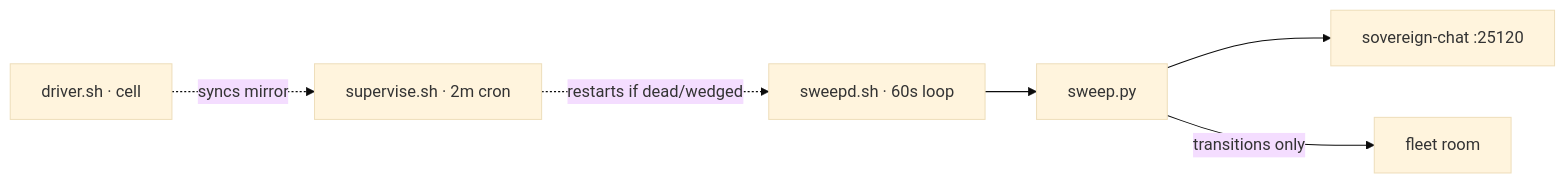
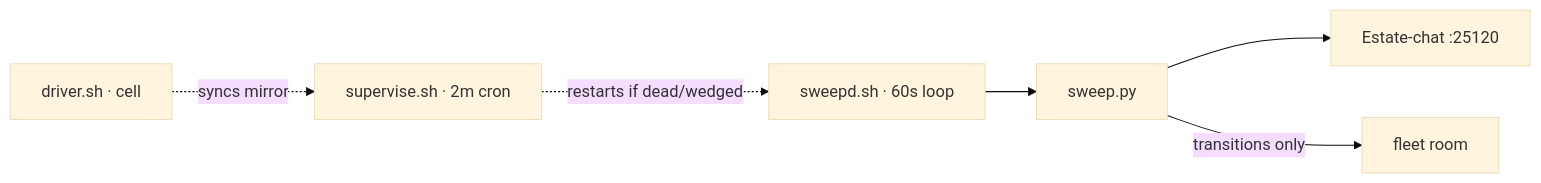
The diagram in salvage/origin-main-20261002/conflicts/tools/fleet-ops/fleet-watchdog/README.md (toxicwind/estate), drawn with Mermaid (base theme) before and after one commit. The commit also changed other lines of this file and 407 other files, not shown here.

Commit message:
rename: purge 'sovereign' -> 'estate' (content, deep depth). Rename live daemons estate-exporter/estate-stream-broker; fix exporter run line to existing estate-exporter.py; ports.env -> ESTATE_* keys

````diff
--- a/salvage/origin-main-20261002/conflicts/tools/fleet-ops/fleet-watchdog/README.md
+++ b/salvage/origin-main-20261002/conflicts/tools/fleet-ops/fleet-watchdog/README.md
@@ -14,8 +14,8 @@
 ```mermaid
 flowchart LR
     sweepd[sweepd.sh · 60s loop] --> sweep[sweep.py]
-    sweep --> chat[sovereign-chat :25120]
+    sweep --> chat[Estate-chat :25120]
     sweep -->|transitions only| fleet[fleet room]
     sup[supervise.sh · 2m cron] -.->|restarts if dead/wedged| sweepd
     driver[driver.sh · cell] -.->|syncs mirror| sup
 ```
````
